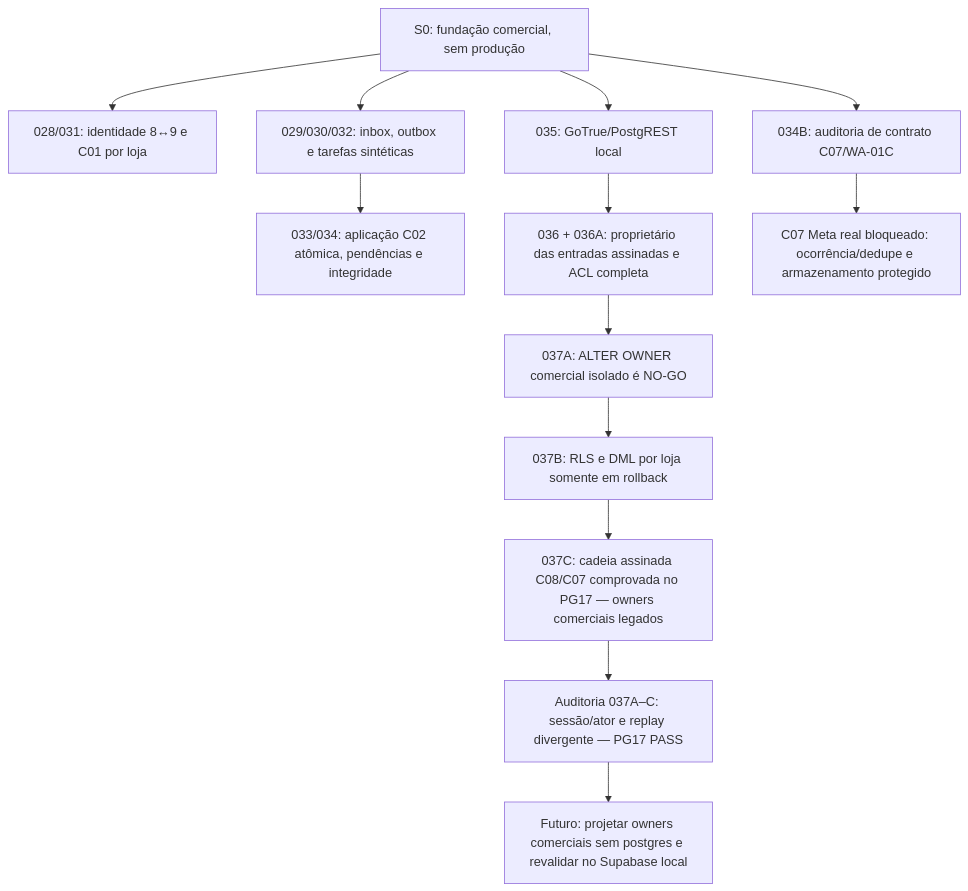
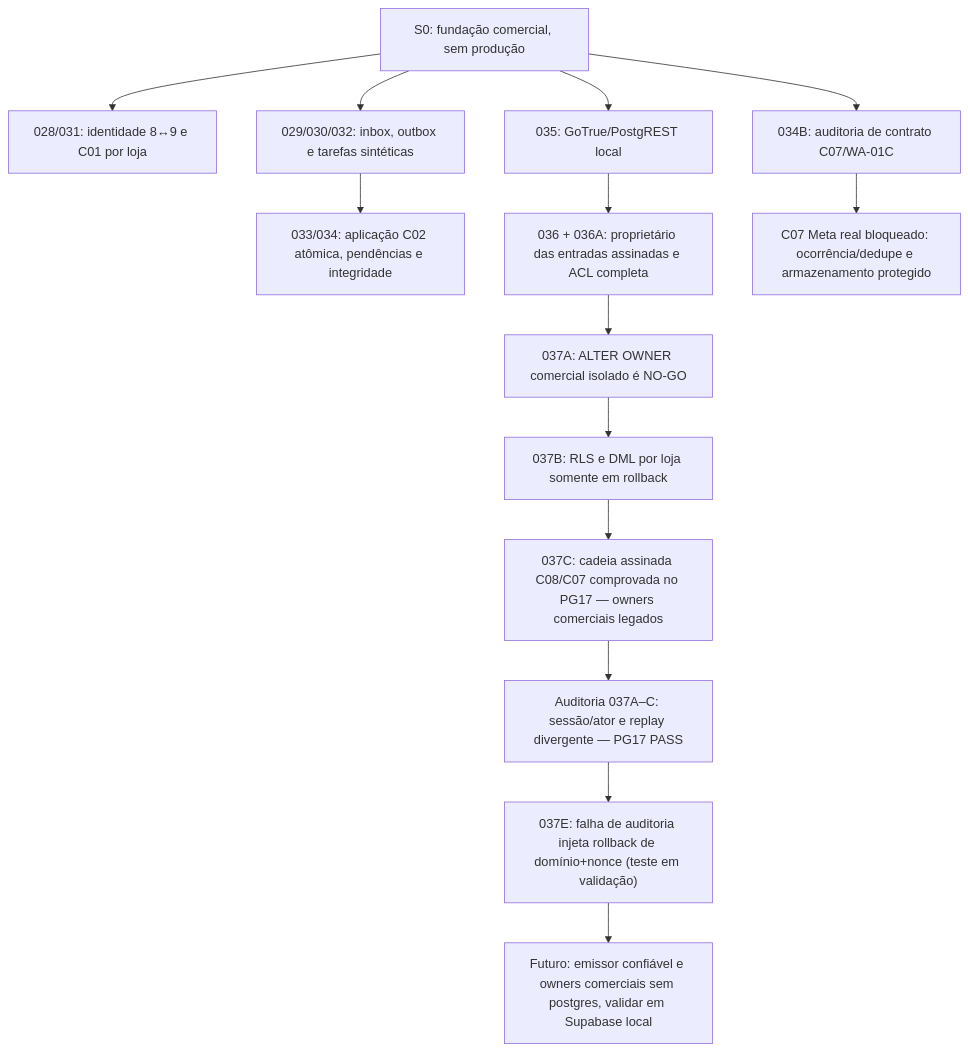
Before and after one commit to prumogrowth/Prumo-Growth-Platform-V2: the second of 3 diagrams in docs/MAPA_MENTAL.md, drawn with Mermaid. The commit also changed other lines of this file and 2 other files, not shown here.

Commit message:
test(s0): 037E rollback HMAC e domínio sob falha audit e mapa mental

````diff
--- a/docs/MAPA_MENTAL.md
+++ b/docs/MAPA_MENTAL.md
@@ -53,15 +53,16 @@
 ```mermaid
 flowchart TD
   ROOT["S0: fundação comercial, sem produção"] --> ID["028/031: identidade 8↔9 e C01 por loja"]
   ROOT --> Q["029/030/032: inbox, outbox e tarefas sintéticas"]
   Q --> C02["033/034: aplicação C02 atômica, pendências e integridade"]
   ROOT --> CB["034B: auditoria de contrato C07/WA-01C"]
   ROOT --> AUTH["035: GoTrue/PostgREST local"]
   AUTH --> GATE["036 + 036A: proprietário das entradas assinadas e ACL completa"]
   GATE --> A["037A: ALTER OWNER comercial isolado é NO-GO"]
   A --> B["037B: RLS e DML por loja somente em rollback"]
   B --> C["037C: cadeia assinada C08/C07 comprovada no PG17 — owners comerciais legados"]
   C --> AUD["Auditoria 037A–C: sessão/ator e replay divergente — PG17 PASS"]
-  AUD --> FUT["Futuro: projetar owners comerciais sem postgres e revalidar no Supabase local"]
+  AUD --> E["037E: falha de auditoria injeta rollback de domínio+nonce (teste em validação)"]
+  E --> FUT["Futuro: emissor confiável e owners comerciais sem postgres, validar em Supabase local"]
   CB --> WAIT["C07 Meta real bloqueado: ocorrência/dedupe e armazenamento protegido"]
 ```
````
